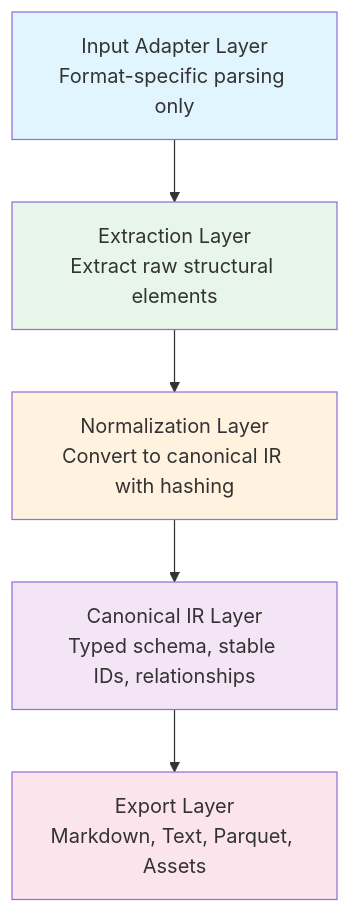
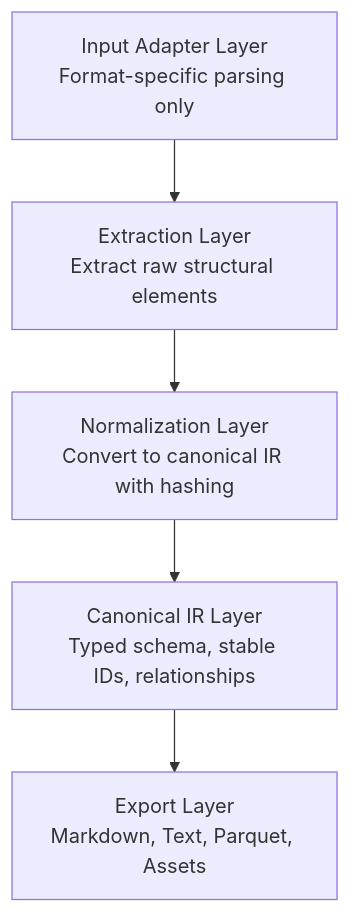
One commit to RahulPatnaik/layoutir changed the diagram in README.md. Above: the diagram before and after it, drawn with Mermaid. The commit also changed 1 other file, not shown here.

Commit message:
Updated mermaid diagrams

````diff
--- a/README.md
+++ b/README.md
@@ -18,19 +18,13 @@
 ```mermaid
 flowchart TD
     A[Input Adapter Layer<br/>Format-specific parsing only]
     B[Extraction Layer<br/>Extract raw structural elements]
     C[Normalization Layer<br/>Convert to canonical IR with hashing]
     D[Canonical IR Layer<br/>Typed schema, stable IDs, relationships]
     E[Export Layer<br/>Markdown, Text, Parquet, Assets]
 
     A --> B
     B --> C
     C --> D
     D --> E
-
-    style A fill:#e1f5ff
-    style B fill:#e8f5e9
-    style C fill:#fff3e0
-    style D fill:#f3e5f5
-    style E fill:#fce4ec
 ```
````
